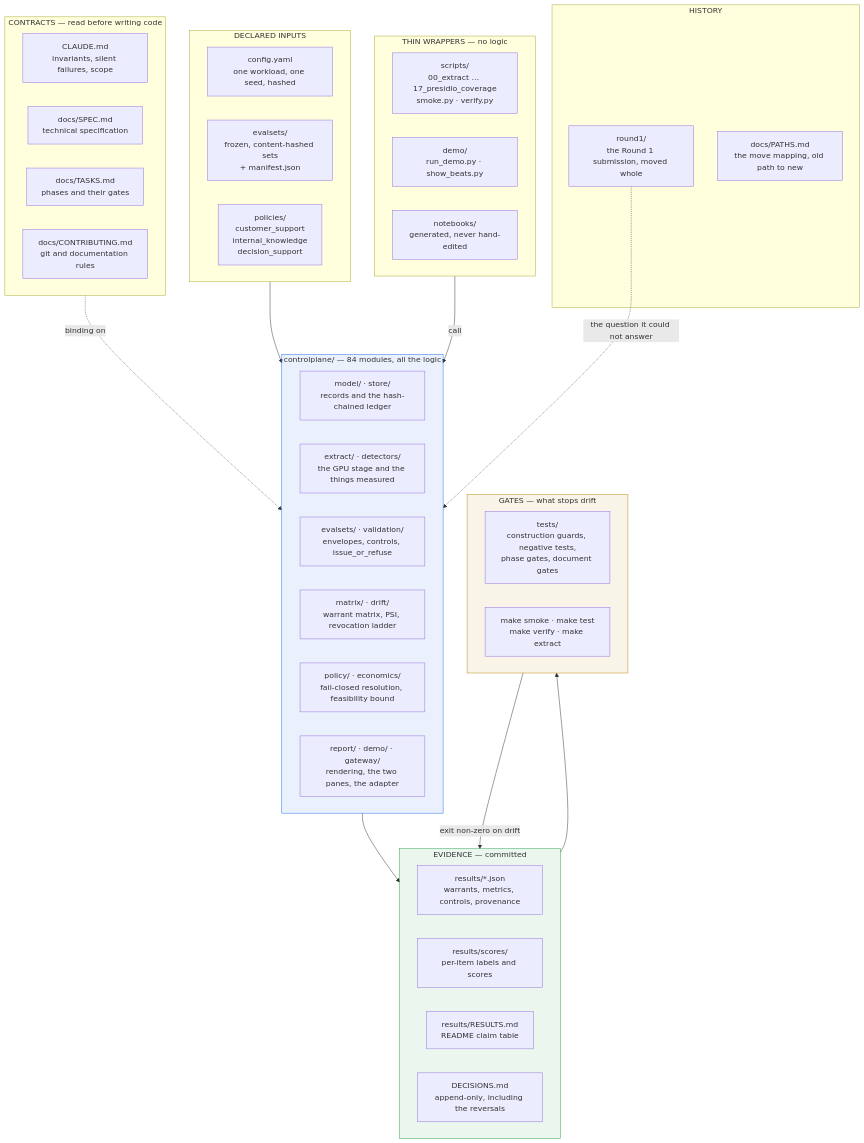
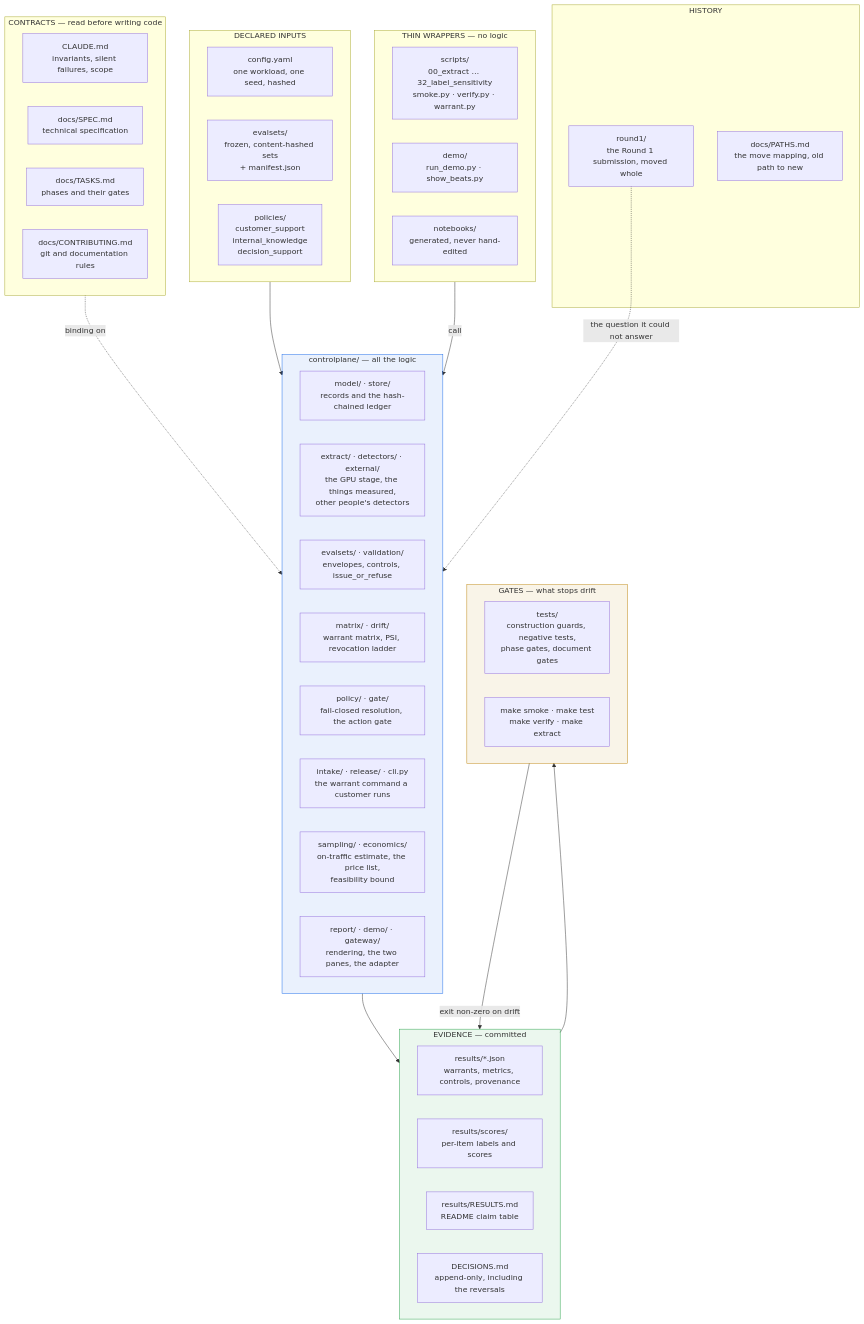
Diagram 11 of 15 in docs/DIAGRAMS.md (Aditya26189/Warrant), drawn with Mermaid before and after one commit. The commit also changed other lines of this file, not shown here.

First line of the commit message:
docs(diagrams): four new diagrams -- the customer path, a chain of rechecks, release evidence, the action gate -- and three that drew what was never built

````diff
--- a/docs/DIAGRAMS.md
+++ b/docs/DIAGRAMS.md
@@ -385,58 +395,60 @@
 ```mermaid
 flowchart TB
     subgraph CONTRACT["CONTRACTS — read before writing code"]
         C1["CLAUDE.md<br/>invariants, silent failures, scope"]
         C2["docs/SPEC.md<br/>technical specification"]
         C3["docs/TASKS.md<br/>phases and their gates"]
         C4["docs/CONTRIBUTING.md<br/>git and documentation rules"]
     end
 
     subgraph INPUT["DECLARED INPUTS"]
         I1["config.yaml<br/>one workload, one seed, hashed"]
         I2["evalsets/<br/>frozen, content-hashed sets<br/>+ manifest.json"]
         I3["policies/<br/>customer_support<br/>internal_knowledge<br/>decision_support"]
     end
 
-    subgraph CODE["controlplane/ — 84 modules, all the logic"]
+    subgraph CODE["controlplane/ — all the logic"]
         M1["model/ · store/<br/>records and the hash-chained ledger"]
-        M2["extract/ · detectors/<br/>the GPU stage and the things measured"]
+        M2["extract/ · detectors/ · external/<br/>the GPU stage, the things measured,<br/>other people's detectors"]
         M3["evalsets/ · validation/<br/>envelopes, controls, issue_or_refuse"]
         M4["matrix/ · drift/<br/>warrant matrix, PSI, revocation ladder"]
-        M5["policy/ · economics/<br/>fail-closed resolution, feasibility bound"]
+        M5["policy/ · gate/<br/>fail-closed resolution, the action gate"]
+        M7["intake/ · release/ · cli.py<br/>the warrant command a customer runs"]
+        M8["sampling/ · economics/<br/>on-traffic estimate, the price list,<br/>feasibility bound"]
         M6["report/ · demo/ · gateway/<br/>rendering, the two panes, the adapter"]
     end
 
     subgraph THIN["THIN WRAPPERS — no logic"]
-        W1["scripts/<br/>00_extract … 17_presidio_coverage<br/>smoke.py · verify.py"]
+        W1["scripts/<br/>00_extract … 32_label_sensitivity<br/>smoke.py · verify.py · warrant.py"]
         W2["demo/<br/>run_demo.py · show_beats.py"]
         W3["notebooks/<br/>generated, never hand-edited"]
     end
 
     subgraph EVID["EVIDENCE — committed"]
         E1["results/*.json<br/>warrants, metrics, controls, provenance"]
         E2["results/scores/<br/>per-item labels and scores"]
         E3["results/RESULTS.md<br/>README claim table"]
         E4["DECISIONS.md<br/>append-only, including the reversals"]
     end
 
     subgraph GATE["GATES — what stops drift"]
         G1["tests/<br/>construction guards, negative tests,<br/>phase gates, document gates"]
         G2["make smoke · make test<br/>make verify · make extract"]
     end
 
     subgraph HIST["HISTORY"]
         H1["round1/<br/>the Round 1 submission, moved whole"]
         H2["docs/PATHS.md<br/>the move mapping, old path to new"]
     end
 
     CONTRACT -.->|"binding on"| CODE
     INPUT --> CODE --> EVID
     THIN -->|"call"| CODE
     EVID --> GATE
     GATE -->|"exit non-zero on drift"| EVID
     H1 -.->|"the question it could not answer"| CODE
 
     style CODE fill:#1f6feb18,stroke:#1f6feb
     style EVID fill:#2da44e18,stroke:#2da44e
     style GATE fill:#bf871118,stroke:#bf8711
 ```
````
